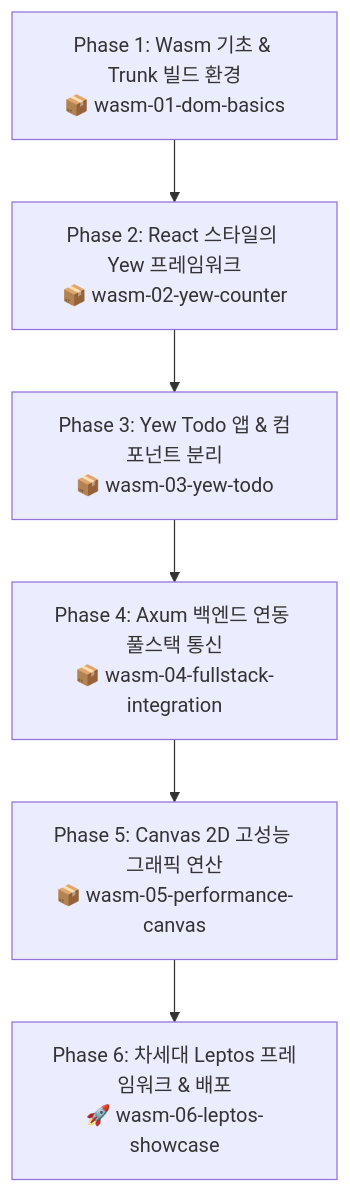
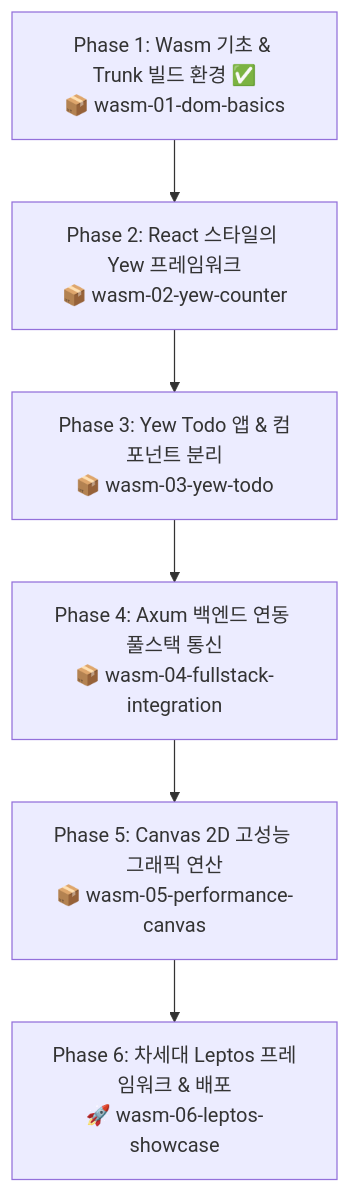
Before and after one commit to space-cap/rust-sandbox: the diagram in docs/frontend/frontend_learning_plan.md, drawn with Mermaid. The commit also changed other lines of this file and 11 other files, not shown here.

Commit message:
기능구현: Phase 1 Wasm 기초 및 Trunk 번들러 환경 세팅 완료 (wasm-01-dom-basics)

````diff
--- a/docs/frontend/frontend_learning_plan.md
+++ b/docs/frontend/frontend_learning_plan.md
@@ -21,8 +21,8 @@
 ```mermaid
 flowchart TD
-    F1["Phase 1: Wasm 기초 & Trunk 빌드 환경<br/>📦 wasm-01-dom-basics"] --> F2["Phase 2: React 스타일의 Yew 프레임워크<br/>📦 wasm-02-yew-counter"]
+    F1["Phase 1: Wasm 기초 & Trunk 빌드 환경 ✅<br/>📦 wasm-01-dom-basics"] --> F2["Phase 2: React 스타일의 Yew 프레임워크<br/>📦 wasm-02-yew-counter"]
     F2 --> F3["Phase 3: Yew Todo 앱 & 컴포넌트 분리<br/>📦 wasm-03-yew-todo"]
     F3 --> F4["Phase 4: Axum 백엔드 연동 풀스택 통신<br/>📦 wasm-04-fullstack-integration"]
     F4 --> F5["Phase 5: Canvas 2D 고성능 그래픽 연산<br/>📦 wasm-05-performance-canvas"]
     F5 --> F6["Phase 6: 차세대 Leptos 프레임워크 & 배포<br/>🚀 wasm-06-leptos-showcase"]
 ```
````
